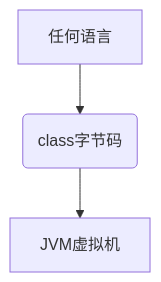
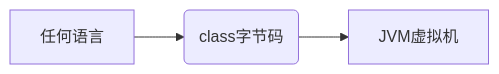
Before and after one commit to zhouchao92/notes: the diagram in JVM虚拟机.md, drawn with Mermaid. The commit also changed 4 other files, not shown here.

````diff
--- a/JVM虚拟机.md
+++ b/JVM虚拟机.md
@@ -47,4 +47,4 @@
 ```mermaid
-graph TB;
+graph LR;
 A[任何语言]-->B(class字节码)-->C[JVM虚拟机]
 ```
````
